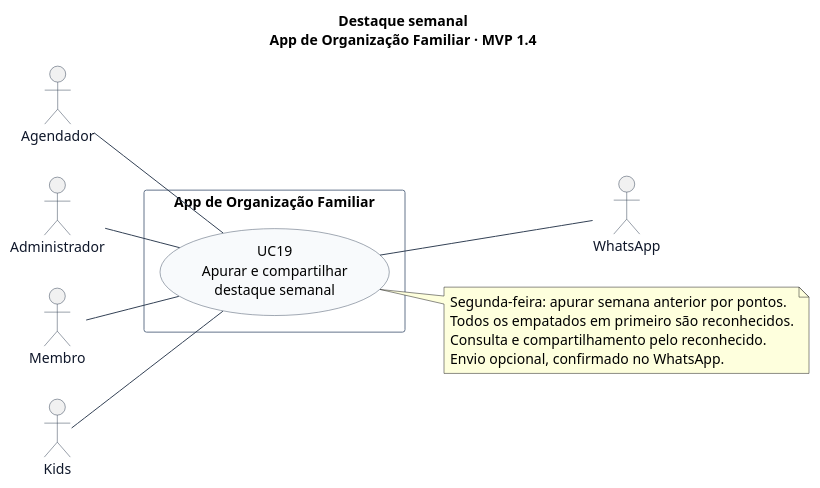
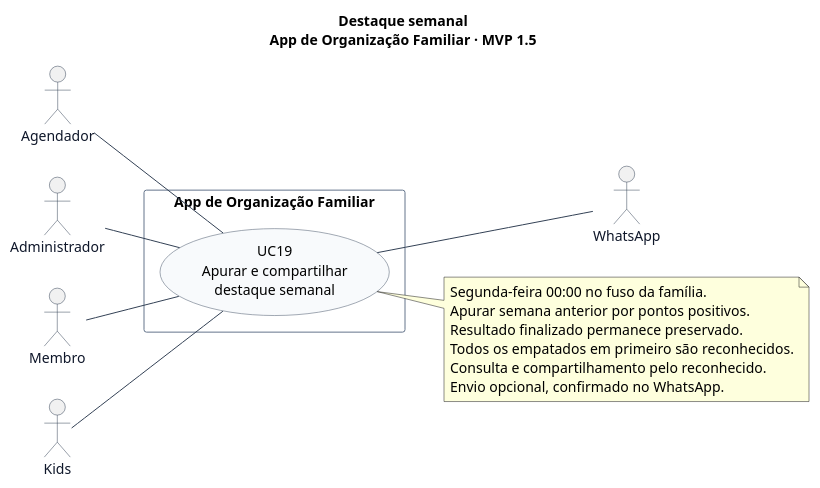
Before and after one commit to lizandramalta/App-Rotina-Familiar: the diagram in docs/diagramas/casos-de-uso/06-destaque-semanal.puml, drawn with PlantUML. The commit also changed 25 other files, not shown here.

```diff
--- a/docs/diagramas/casos-de-uso/06-destaque-semanal.puml
+++ b/docs/diagramas/casos-de-uso/06-destaque-semanal.puml
@@ -1,37 +1,39 @@
 @startuml
 ' Fonte editável. Renderização: java -jar plantuml.jar -charset UTF-8 -tsvg *.puml
 left to right direction
 skinparam shadowing false
 skinparam backgroundColor white
 skinparam defaultFontName SansSerif
 skinparam defaultFontSize 14
 skinparam ArrowColor #334155
 skinparam actorBorderColor #334155
 skinparam actorFontColor #0F172A
 skinparam usecaseBackgroundColor #F8FAFC
 skinparam usecaseBorderColor #475569
 skinparam rectangleBorderColor #64748B
 skinparam packageStyle rectangle
 skinparam nodesep 32
 skinparam ranksep 55
-title Destaque semanal\nApp de Organização Familiar · MVP 1.4
+title Destaque semanal\nApp de Organização Familiar · MVP 1.5
 actor "Agendador" as Agendador
 actor "Administrador" as Admin
 actor "Membro" as Membro
 actor "Kids" as Kids
 actor "WhatsApp" as WhatsApp
 rectangle "App de Organização Familiar" {
   usecase "UC19\nApurar e compartilhar\ndestaque semanal" as UC19
 }
 Agendador -- UC19
 Admin -- UC19
 Membro -- UC19
 Kids -- UC19
 UC19 -- WhatsApp
 note right of UC19
-  Segunda-feira: apurar semana anterior por pontos.
+  Segunda-feira 00:00 no fuso da família.
+  Apurar semana anterior por pontos positivos.
+  Resultado finalizado permanece preservado.
   Todos os empatados em primeiro são reconhecidos.
   Consulta e compartilhamento pelo reconhecido.
   Envio opcional, confirmado no WhatsApp.
 end note
 @enduml
```
